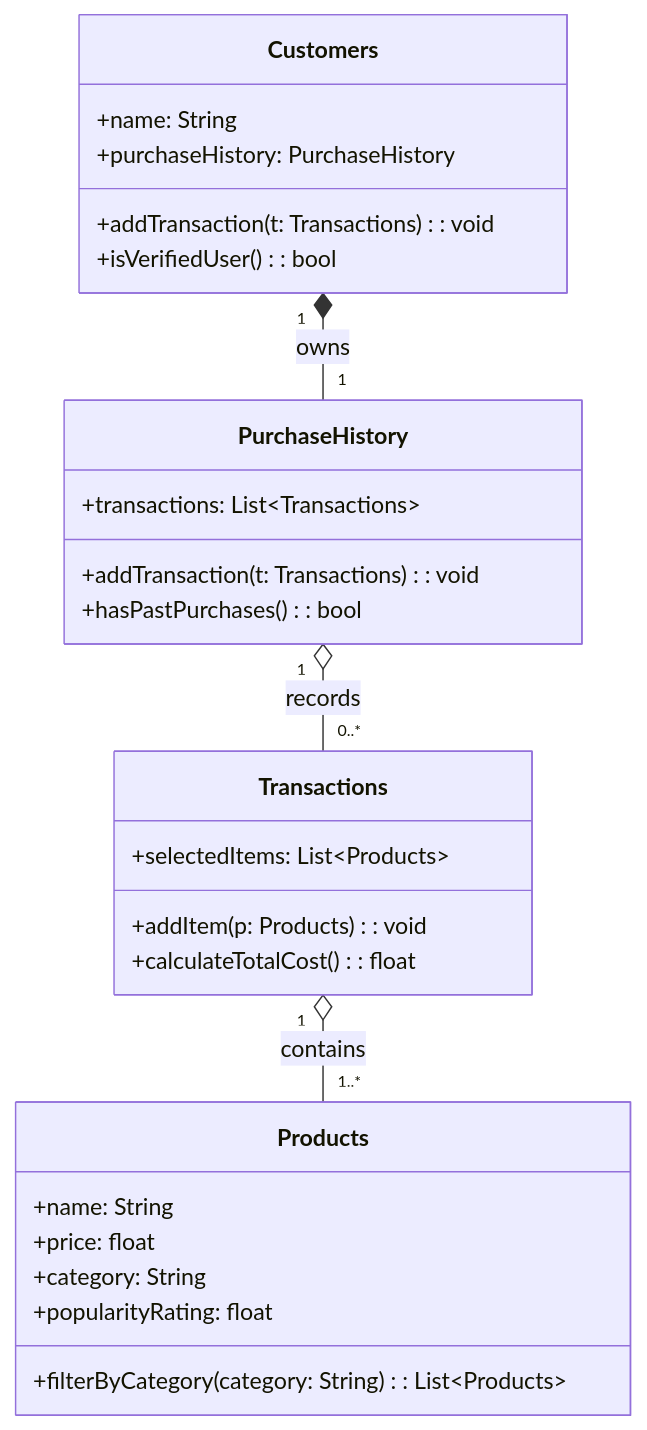
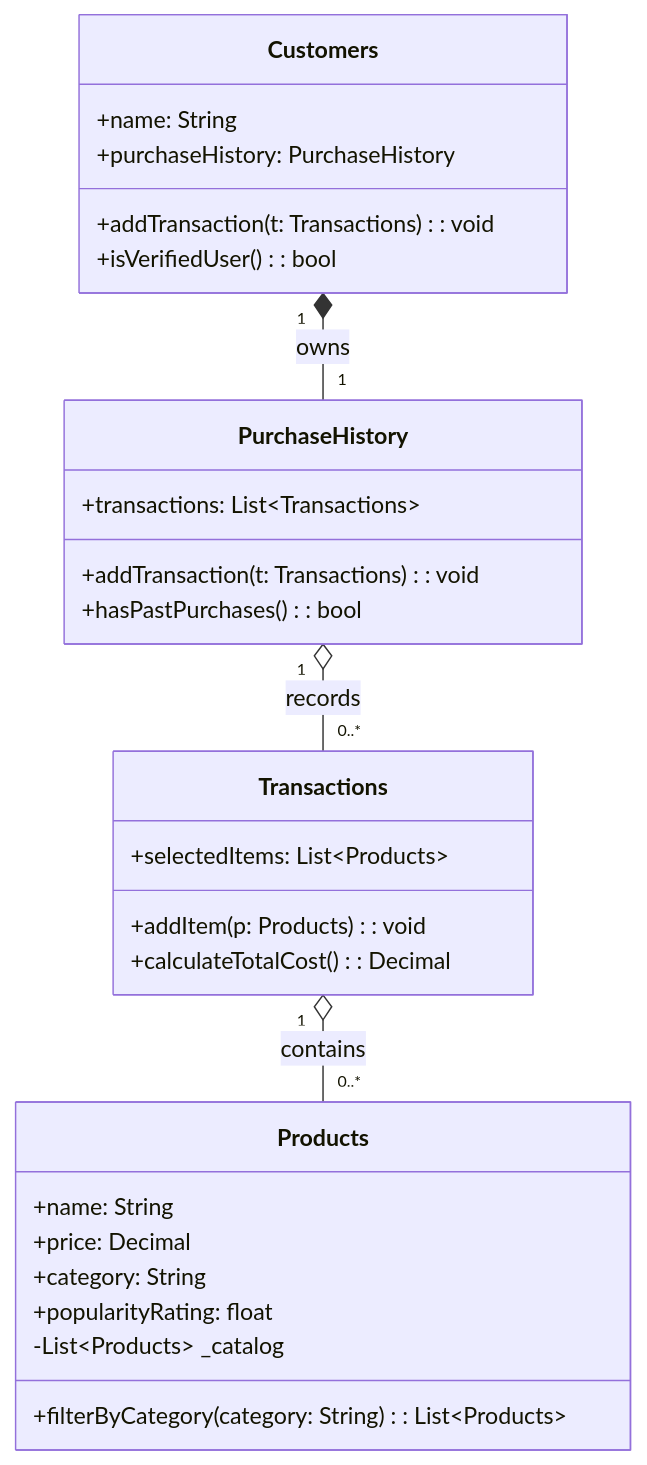
The diagram in bytebites_design.md (JasmineSutton/ByteBites), drawn with Mermaid before and after one commit. The commit also changed other lines of this file and 2 other files, not shown here.

Commit message:
Updated differences
Compared against the current instructions and adjusted deltas.

````diff
--- a/bytebites_design.md
+++ b/bytebites_design.md
@@ -3,33 +3,34 @@
 ```mermaid
 classDiagram
 class Customers {
   +name: String
   +purchaseHistory: PurchaseHistory
   +addTransaction(t: Transactions): void
   +isVerifiedUser(): bool
 }
 
 class PurchaseHistory {
   +transactions: List~Transactions~
   +addTransaction(t: Transactions): void
   +hasPastPurchases(): bool
 }
 
 class Products {
   +name: String
-  +price: float
+  +price: Decimal
   +category: String
   +popularityRating: float
+  -List~Products~ _catalog
   +filterByCategory(category: String): List~Products~
 }
 
 class Transactions {
   +selectedItems: List~Products~
   +addItem(p: Products): void
-  +calculateTotalCost(): float
+  +calculateTotalCost(): Decimal
 }
 
 Customers "1" *-- "1" PurchaseHistory : owns
 PurchaseHistory "1" o-- "0..*" Transactions : records
-Transactions "1" o-- "1..*" Products : contains
+Transactions "1" o-- "0..*" Products : contains
 ```
````
